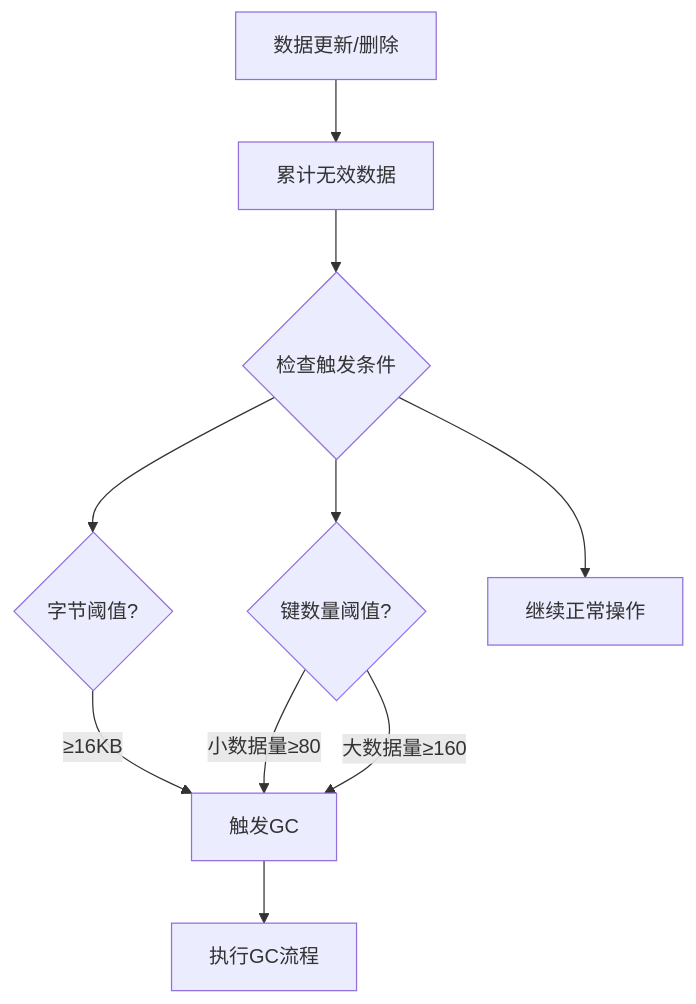
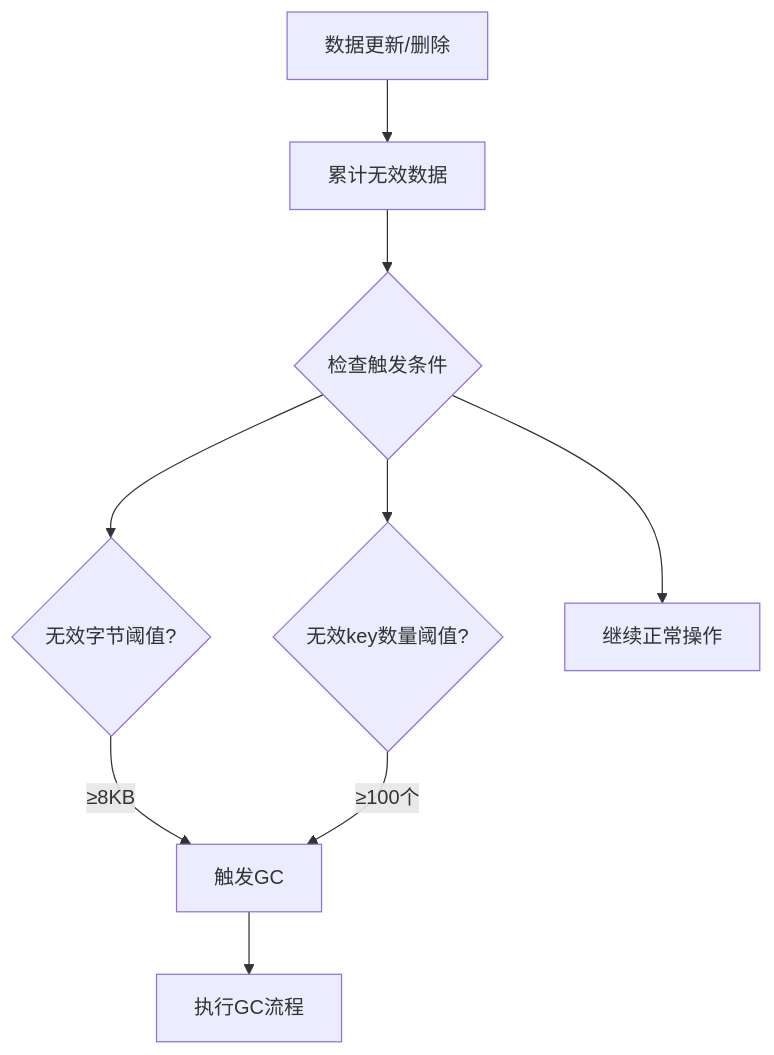
The third of 5 diagrams in ARCHITECTURE.md (BillyWei01/FastKV), drawn with Mermaid before and after one commit. The commit also changed other lines of this file and 6 other files, not shown here.

````diff
--- a/ARCHITECTURE.md
+++ b/ARCHITECTURE.md
@@ -163,12 +165,11 @@
 ```mermaid
 graph TD
     A["数据更新/删除"] --> B["累计无效数据"]
     B --> C{"检查触发条件"}
-    C --> D{"字节阈值?"}
-    D -->|"≥16KB"| E["触发GC"]
-    C --> F{"键数量阈值?"}
-    F -->|"小数据量≥80"| E
-    F -->|"大数据量≥160"| E
+    C --> D{"无效字节阈值?"}
+    D -->|"≥8KB"| E["触发GC"]
+    C --> F{"无效key数量阈值?"}
+    F -->|"≥100个"| E
     C --> G["继续正常操作"]
     E --> H["执行GC流程"]
 ```
````
